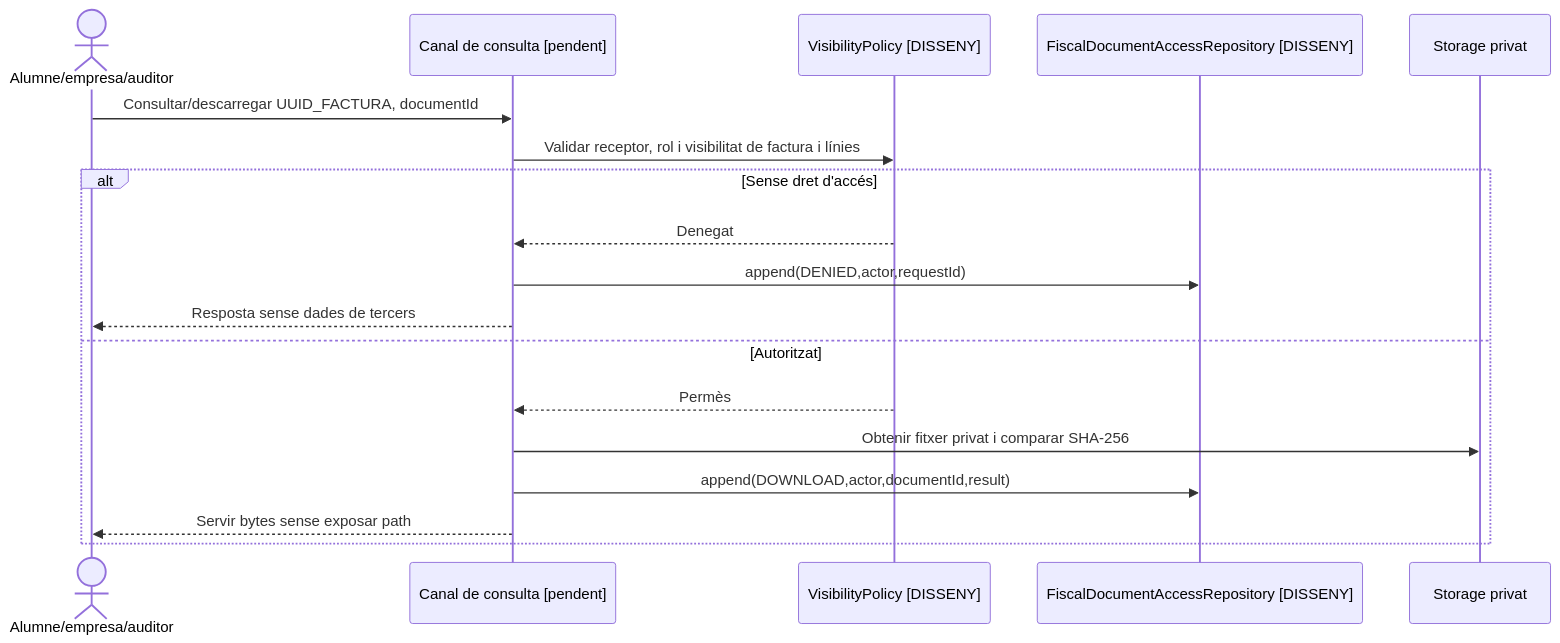
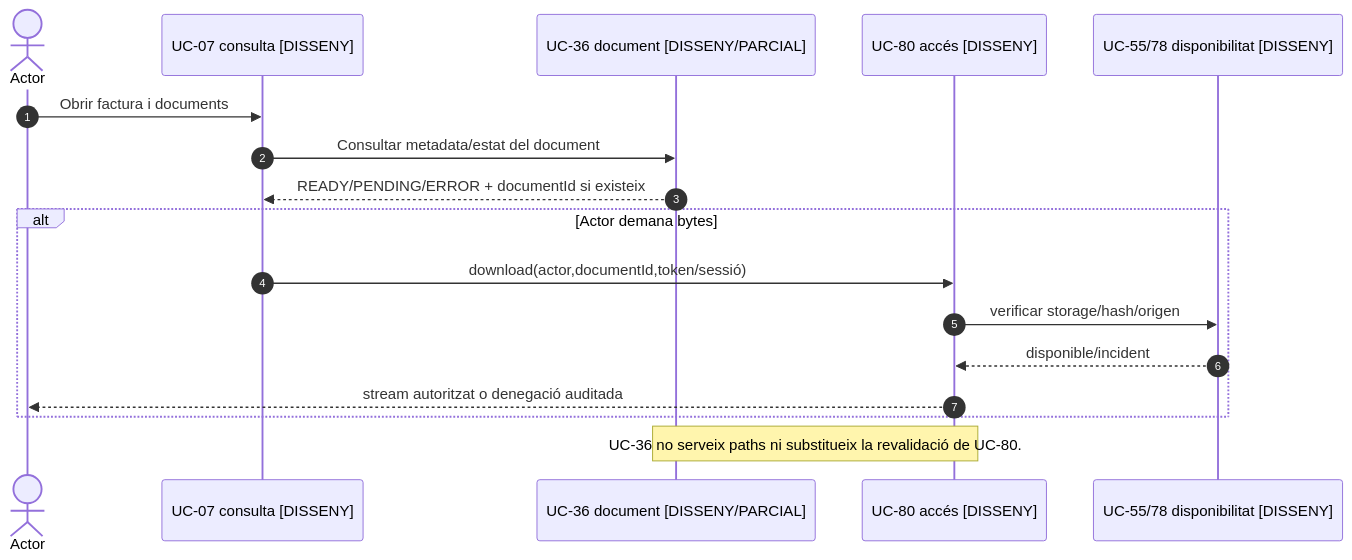
One commit to orgmeriemprismacat-del/verifactu changed the fourth of 4 diagrams in documentacio/07-uml-integrat/uc-036-generar-consultar-documents.md. Above: the diagram before and after it, drawn with Mermaid. The commit also changed other lines of this file, not shown here.

Commit message:
docs(uc-036): delegar accés de bytes a UC-080

````diff
--- a/documentacio/07-uml-integrat/uc-036-generar-consultar-documents.md
+++ b/documentacio/07-uml-integrat/uc-036-generar-consultar-documents.md
@@ -165,20 +167,19 @@
-```mermaid
+~~~mermaid
 sequenceDiagram
-actor A as Alumne/empresa/auditor
-participant UI as Canal de consulta [pendent]
-participant Auth as VisibilityPolicy [DISSENY]
-participant Log as FiscalDocumentAccessRepository [DISSENY]
-participant Store as Storage privat
-A->>UI: Consultar/descarregar UUID_FACTURA, documentId
-UI->>Auth: Validar receptor, rol i visibilitat de factura i línies
-alt Sense dret d'accés
- Auth-->>UI: Denegat
- UI->>Log: append(DENIED,actor,requestId)
- UI-->>A: Resposta sense dades de tercers
-else Autoritzat
- Auth-->>UI: Permès
- UI->>Store: Obtenir fitxer privat i comparar SHA-256
- UI->>Log: append(DOWNLOAD,actor,documentId,result)
- UI-->>A: Servir bytes sense exposar path
+autonumber
+actor A as Actor
+participant U7 as UC-07 consulta [DISSENY]
+participant U36 as UC-36 document [DISSENY/PARCIAL]
+participant U80 as UC-80 accés [DISSENY]
+participant U55 as UC-55/78 disponibilitat [DISSENY]
+A->>U7: Obrir factura i documents
+U7->>U36: Consultar metadata/estat del document
+U36-->>U7: READY/PENDING/ERROR + documentId si existeix
+alt Actor demana bytes
+  U7->>U80: download(actor,documentId,token/sessió)
+  U80->>U55: verificar storage/hash/origen
+  U55-->>U80: disponible/incident
+  U80-->>A: stream autoritzat o denegació auditada
 end
-```
+Note over U36,U80: UC-36 no serveix paths ni substitueix la revalidació de UC-80.
+~~~
````
